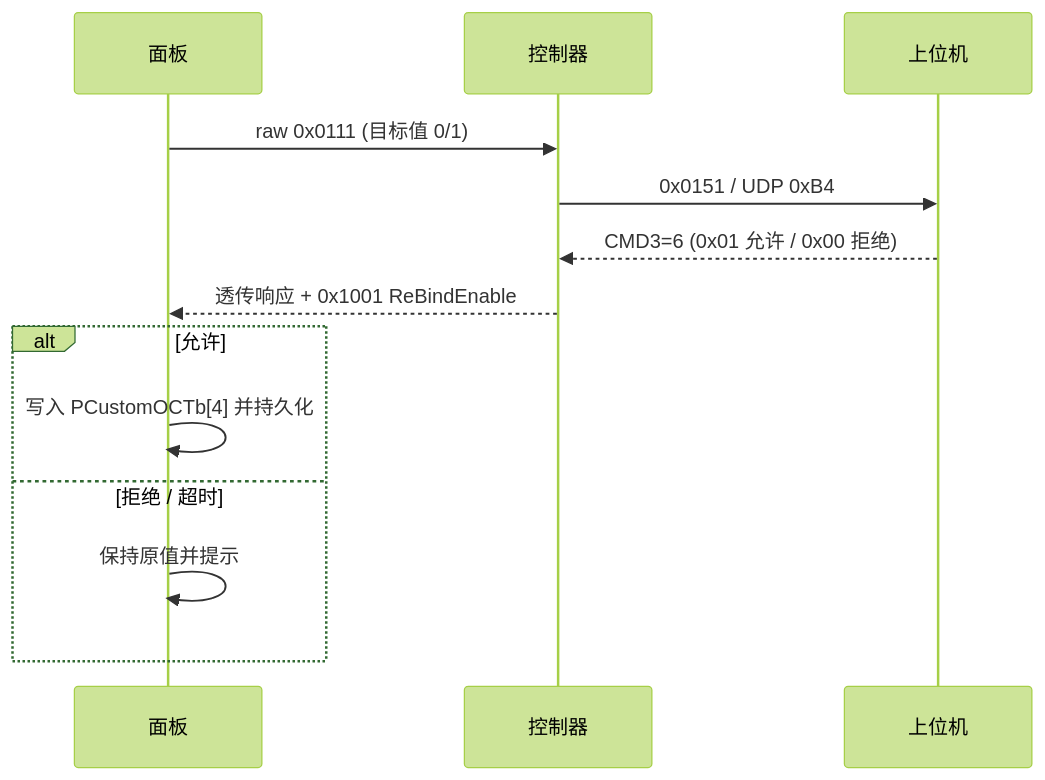
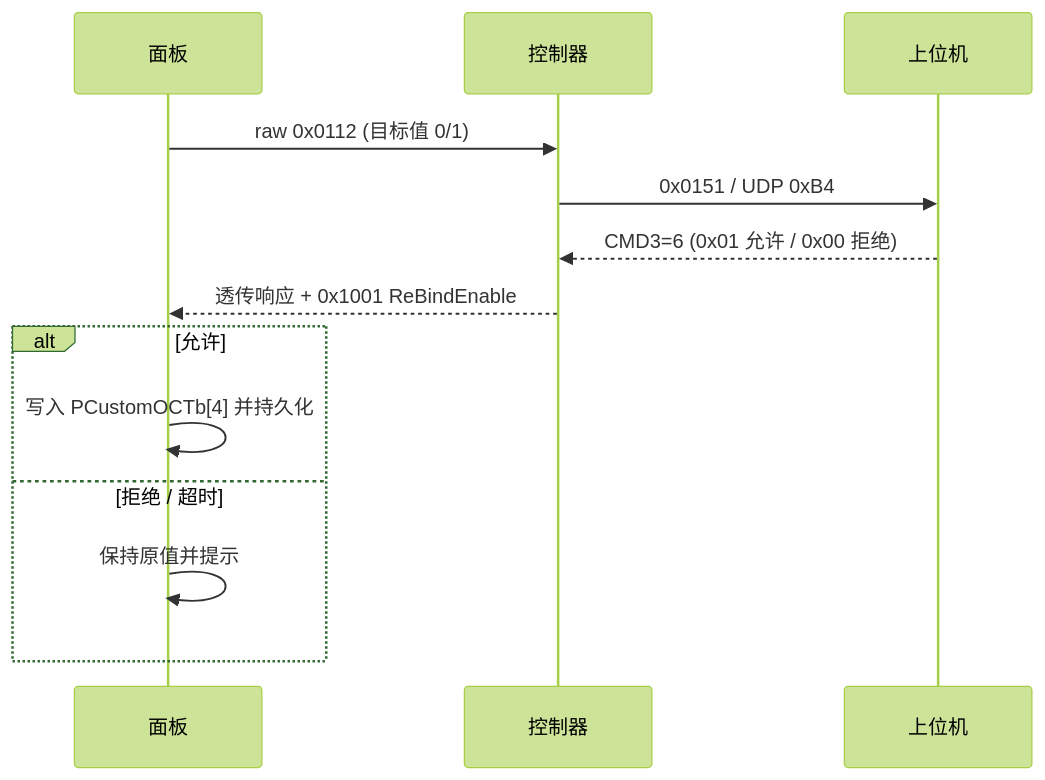
The second of 2 diagrams in 工作/吊挂操作面板/261030吊挂操作面板维护.md (Siaiai/ObsidianNote), drawn with Mermaid (forest theme) before and after one commit. The commit also changed other lines of this file, not shown here.

````diff
--- a/工作/吊挂操作面板/261030吊挂操作面板维护.md
+++ b/工作/吊挂操作面板/261030吊挂操作面板维护.md
@@ -147,15 +147,15 @@
 ```mermaid
 sequenceDiagram
     participant P as 面板
     participant C as 控制器
     participant PC as 上位机
-    P->>C: raw 0x0111 (目标值 0/1)
+    P->>C: raw 0x0112 (目标值 0/1)
     C->>PC: 0x0151 / UDP 0xB4
     PC-->>C: CMD3=6 (0x01 允许 / 0x00 拒绝)
     C-->>P: 透传响应 + 0x1001 ReBindEnable
     alt 允许
         P->>P: 写入 PCustomOCTb[4] 并持久化
     else 拒绝 / 超时
         P->>P: 保持原值并提示
     end
 ```
````
